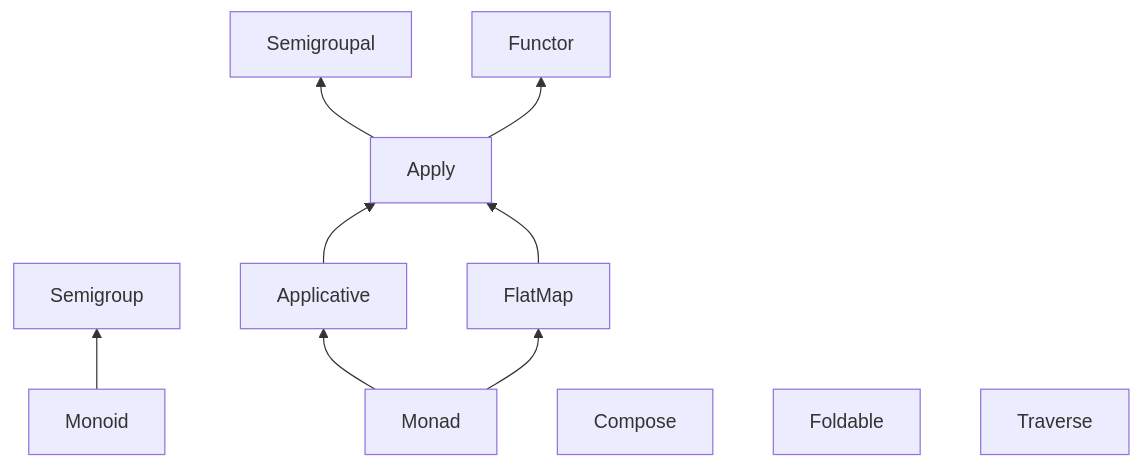
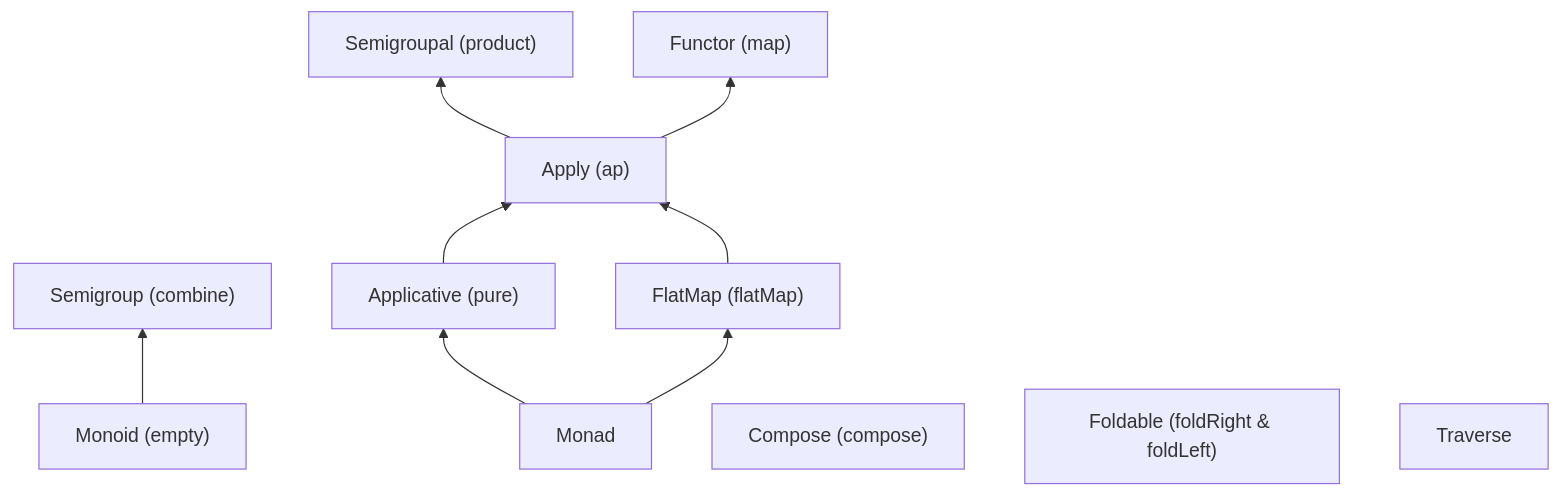
One commit to lamdalib/kuram changed the first of 2 diagrams in README.md. Above: the diagram before and after it, drawn with Mermaid. The commit also changed other lines of this file, not shown here.

````diff
--- a/README.md
+++ b/README.md
@@ -135,10 +135,27 @@
 ```mermaid
 flowchart BT
+    Semigroup["Semigroup (combine)"]
+    Monoid["Monoid (empty)"]
+
+    Monad["Monad"]
+
+    Applicative["Applicative (pure)"]
+    FlatMap["FlatMap (flatMap)"]
+
+    Apply["Apply (ap)"]
+
+    Semigroupal["Semigroupal (product)"]
+    Functor["Functor (map)"]
+
+    Compose["Compose (compose)"]
+    Foldable["Foldable (foldRight & foldLeft)"]
+    Traverse["Traverse"]
+
     Monoid --> Semigroup
 
     Monad --> Applicative & FlatMap --> Apply --> Semigroupal & Functor
 
     Compose
     Foldable
     Traverse
 ```
````
